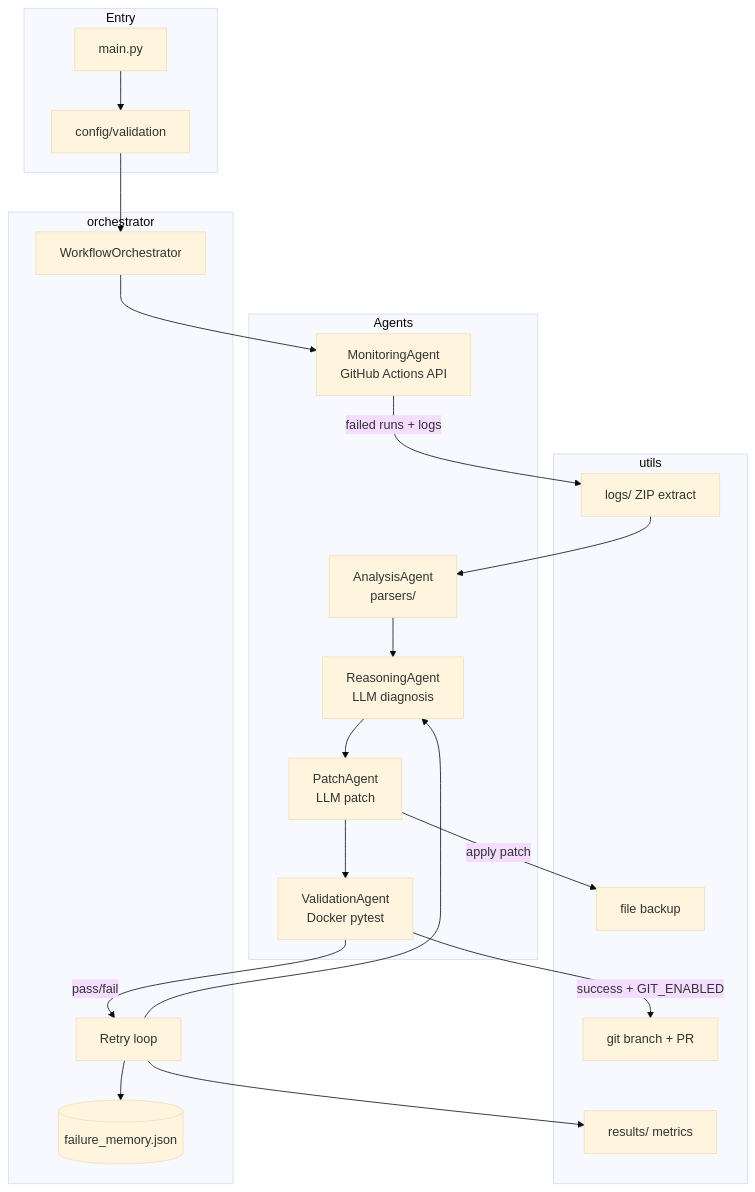
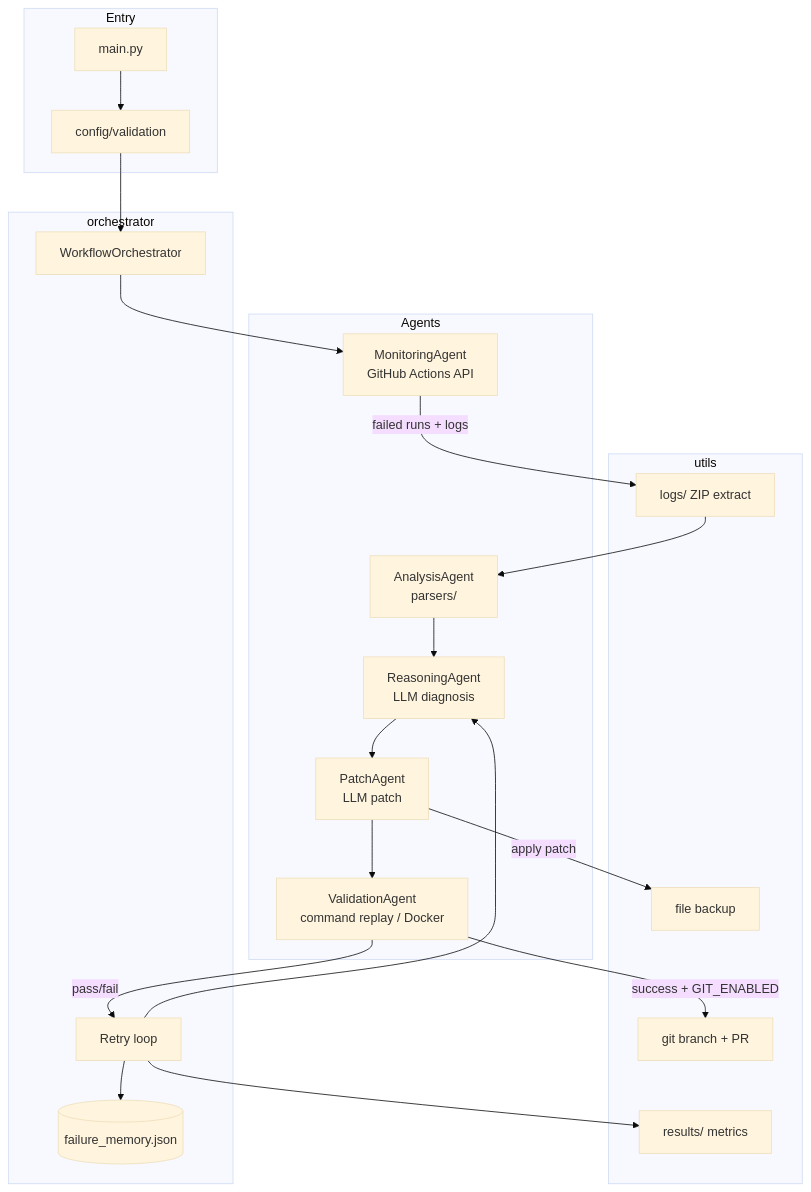
The diagram in README.md (NyuydineBill/self-healing-cicd), drawn with Mermaid (base theme) before and after one commit. The commit also changed other lines of this file and 29 other files, not shown here.

````diff
--- a/README.md
+++ b/README.md
@@ -138,42 +146,42 @@
 ```mermaid
 flowchart TB
     subgraph entry [Entry]
         MAIN[main.py]
         CFG[config/validation]
     end
 
     subgraph orch [orchestrator]
         WO[WorkflowOrchestrator]
         RETRY[Retry loop]
         MEM[(failure_memory.json)]
     end
 
     subgraph agents [Agents]
         MON[MonitoringAgent<br/>GitHub Actions API]
         ANA[AnalysisAgent<br/>parsers/]
         REA[ReasoningAgent<br/>LLM diagnosis]
         PAT[PatchAgent<br/>LLM patch]
-        VAL[ValidationAgent<br/>Docker pytest]
+        VAL[ValidationAgent<br/>command replay / Docker]
     end
 
     subgraph support [utils]
         LOG[logs/ ZIP extract]
         BAK[file backup]
         GIT[git branch + PR]
         RES[results/ metrics]
     end
 
     MAIN --> CFG --> WO
     WO --> MON
     MON -->|failed runs + logs| LOG
     LOG --> ANA
     ANA --> REA
     REA --> PAT
     PAT -->|apply patch| BAK
     PAT --> VAL
     VAL -->|pass/fail| RETRY
     RETRY --> REA
     RETRY --> MEM
     RETRY --> RES
     VAL -->|success + GIT_ENABLED| GIT
 ```
````
